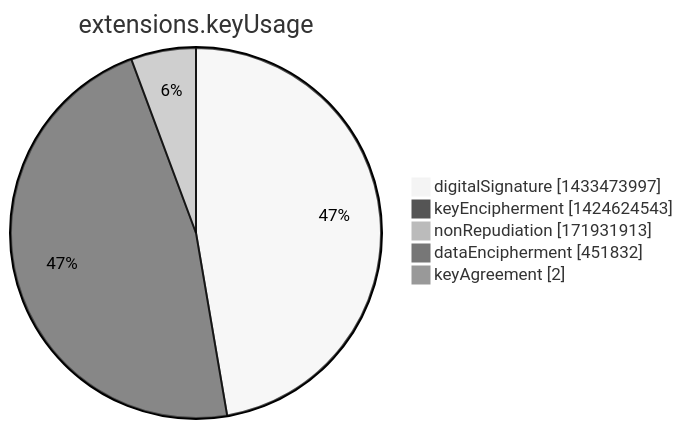
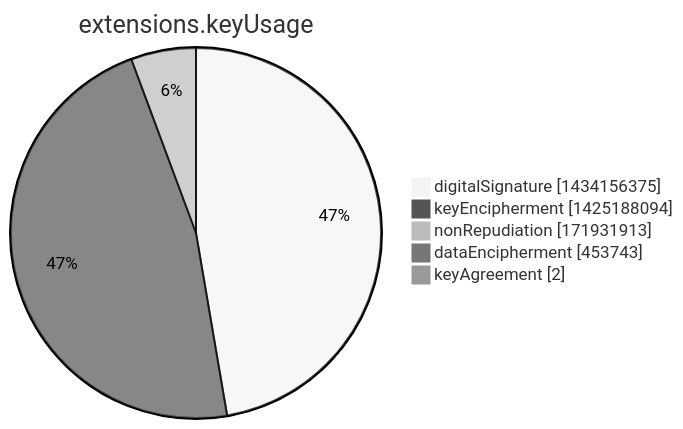
Before and after one commit to christiankrug/ctmonitor_visualization: the seventh of 15 diagrams in argon2022/README.md, drawn with Mermaid (neutral theme). The commit also changed other lines of this file, not shown here.

````diff
--- a/argon2022/README.md
+++ b/argon2022/README.md
@@ -2751,9 +2751,9 @@
 ```mermaid
 pie showData
 title extensions.keyUsage
-"digitalSignature" :1433473997
-"keyEncipherment" :1424624543
+"digitalSignature" :1434156375
+"keyEncipherment" :1425188094
 "nonRepudiation" :171931913
-"dataEncipherment" :451832
+"dataEncipherment" :453743
 "keyAgreement" :2
 ```
````
